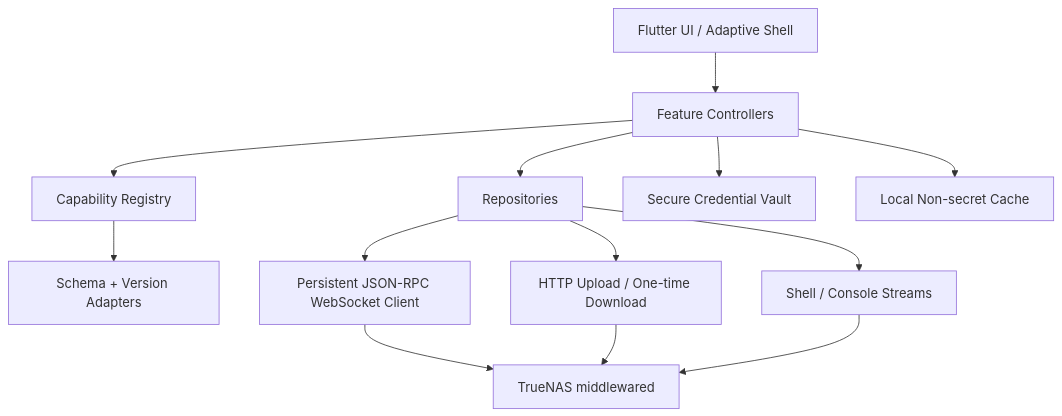
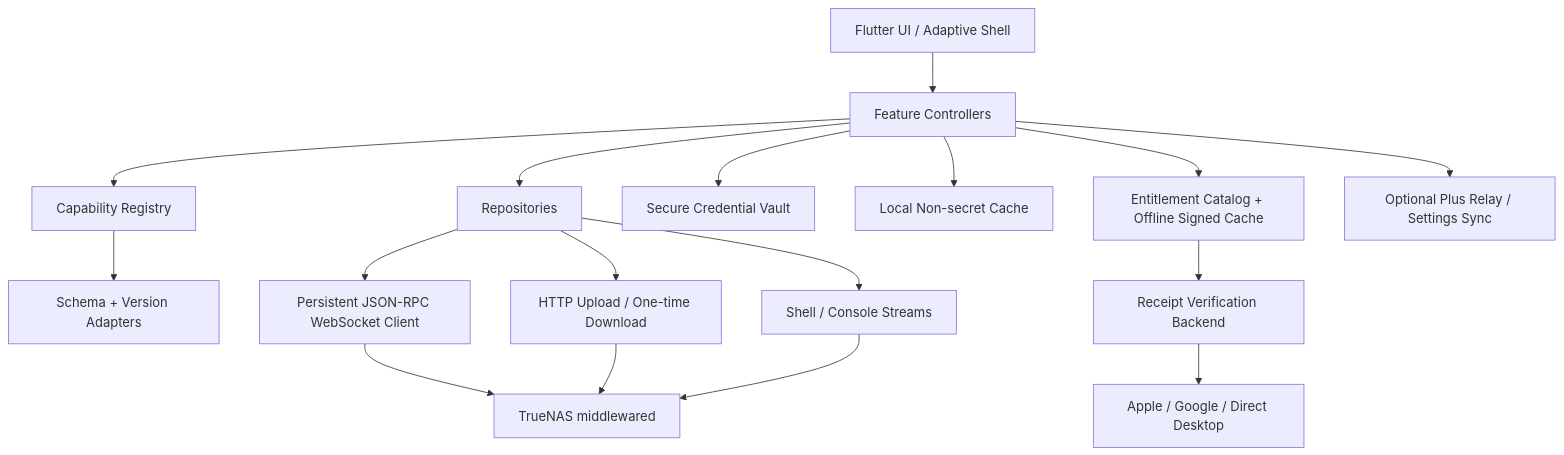
One commit to Theorvane/TrueNavo changed the diagram in docs/planning/TRUEDASH_PRODUCT_PLAN.md. Above: the diagram before and after it, drawn with Mermaid. The commit also changed other lines of this file and 3 other files, not shown here.

````diff
--- a/docs/planning/TRUEDASH_PRODUCT_PLAN.md
+++ b/docs/planning/TRUEDASH_PRODUCT_PLAN.md
@@ -296,15 +312,19 @@
 ```mermaid
 graph TD
   UI[Flutter UI / Adaptive Shell] --> F[Feature Controllers]
   F --> C[Capability Registry]
   F --> R[Repositories]
   C --> S[Schema + Version Adapters]
   R --> W[Persistent JSON-RPC WebSocket Client]
   R --> H[HTTP Upload / One-time Download]
   R --> T[Shell / Console Streams]
   W --> TN[TrueNAS middlewared]
   H --> TN
   T --> TN
   F --> V[Secure Credential Vault]
   F --> L[Local Non-secret Cache]
+  F --> E[Entitlement Catalog + Offline Signed Cache]
+  E --> B[Receipt Verification Backend]
+  B --> A[Apple / Google / Direct Desktop]
+  F --> P[Optional Plus Relay / Settings Sync]
 ```
````
